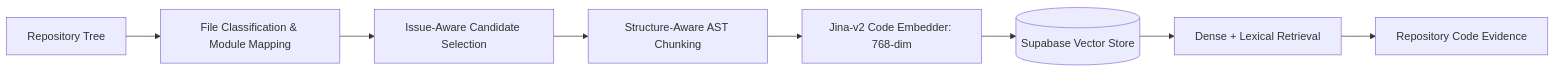
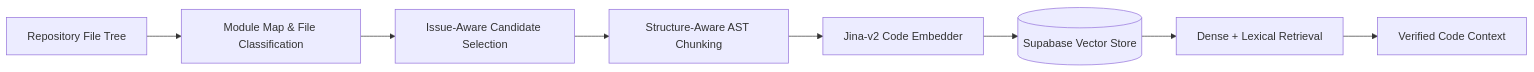
Before and after one commit to sriharizz/gitnova: the second of 4 diagrams in README.md, drawn with Mermaid. The commit also changed other lines of this file, not shown here.

Commit message:
docs: polish interview-ready README with horizontal architecture flows, clean metrics, and QLoRA offline/roadmap details

````diff
--- a/README.md
+++ b/README.md
@@ -63,10 +69,10 @@
 ```mermaid
 flowchart LR
-    Tree[Repository Tree] --> Classify[File Classification & Module Mapping]
-    Classify --> Select[Issue-Aware Candidate Selection]
-    Select --> Chunk[Structure-Aware AST Chunking]
-    Chunk --> Embed[Jina-v2 Code Embedder: 768-dim]
+    Tree[Repository File Tree] --> Map[Module Map & File Classification]
+    Map --> Select[Issue-Aware Candidate Selection]
+    Select --> AST[Structure-Aware AST Chunking]
+    AST --> Embed[Jina-v2 Code Embedder]
     Embed --> Store[(Supabase Vector Store)]
     Store --> Retrieve[Dense + Lexical Retrieval]
-    Retrieve --> Evidence[Repository Code Evidence]
+    Retrieve --> Evidence[Verified Code Context]
 ```
````
